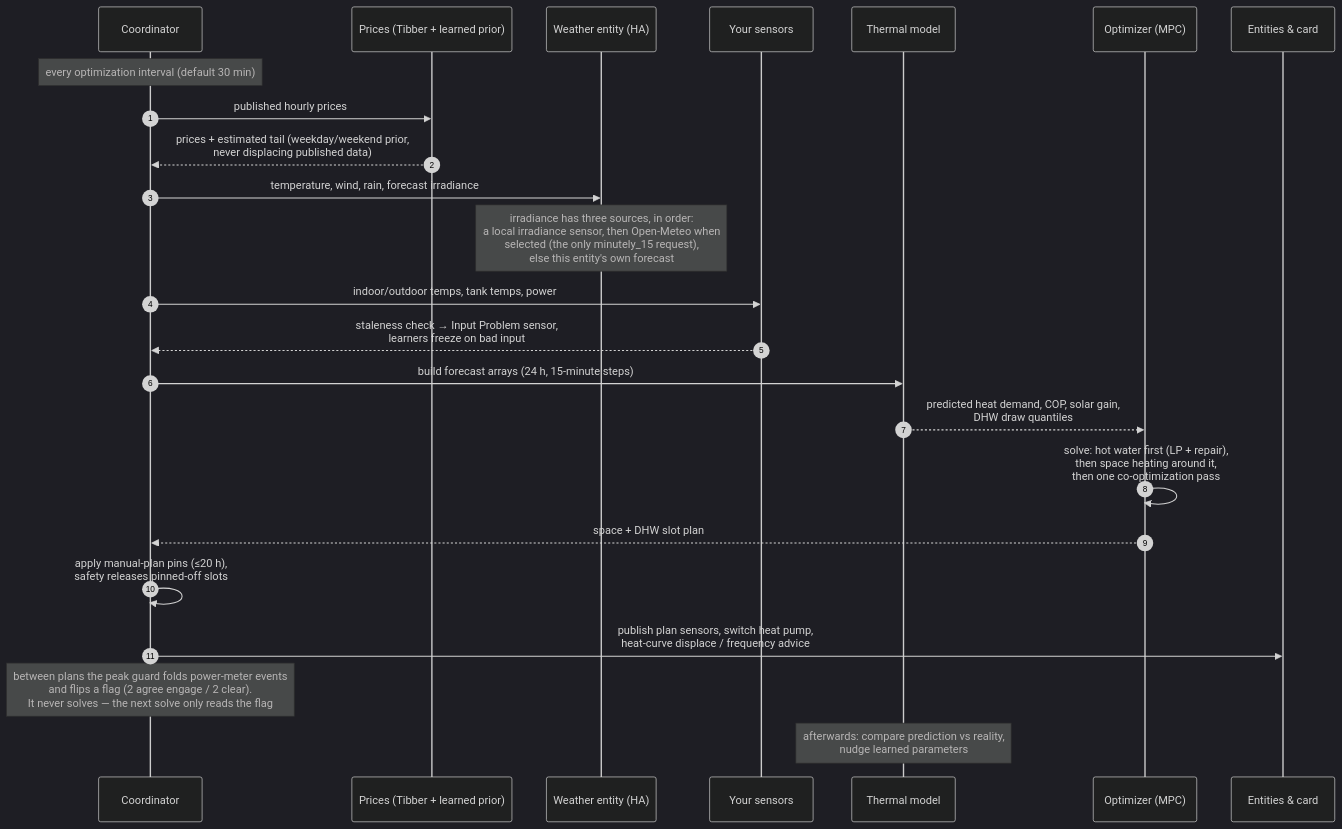
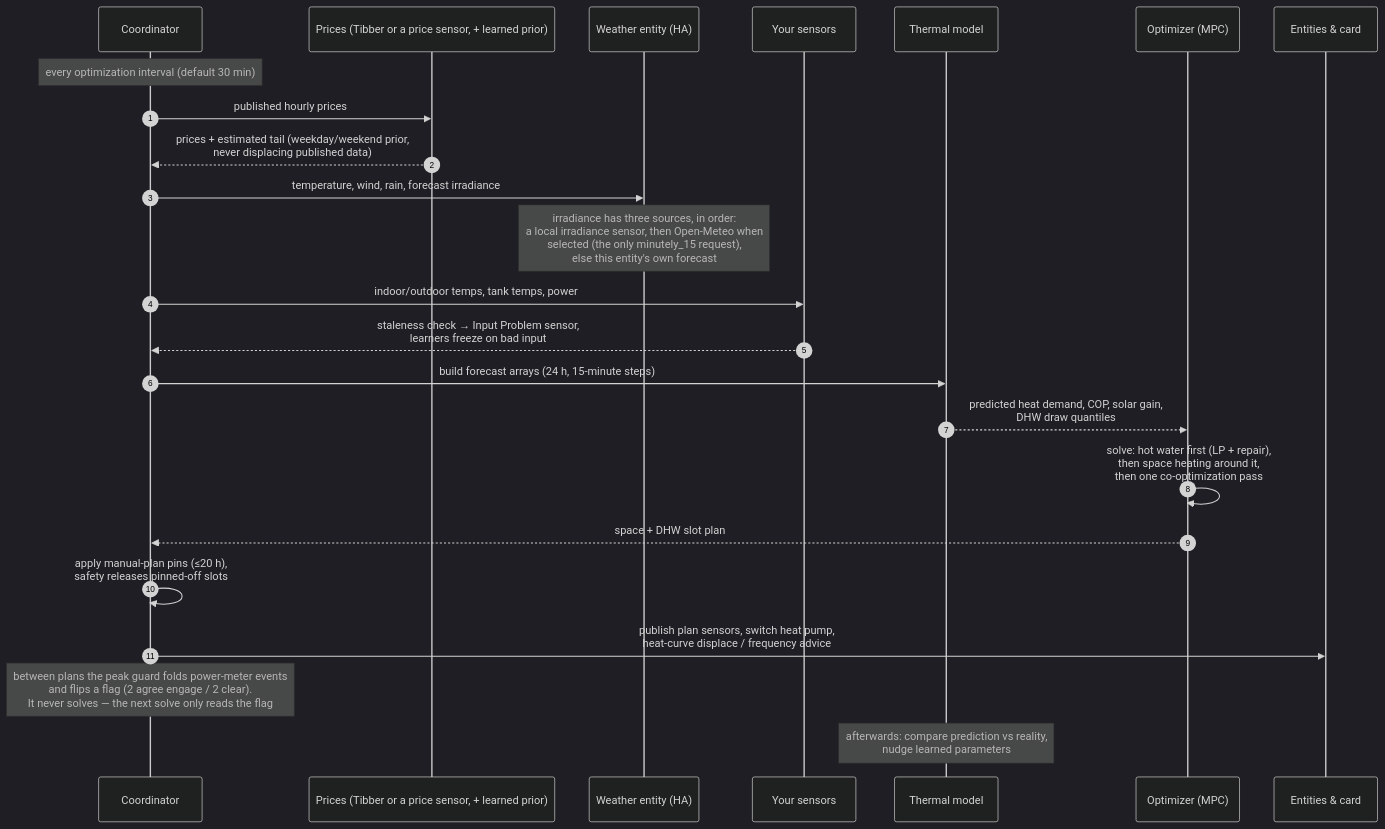
Before and after one commit to tvofi/heatpump_optimizer: the first of 2 diagrams in docs/how-it-works.md, drawn with Mermaid (dark theme). The commit also changed other lines of this file and 9 other files, not shown here.

First line of the commit message:
Price-source text names Tibber as one of two sources

````diff
--- a/docs/how-it-works.md
+++ b/docs/how-it-works.md
@@ -54,27 +54,27 @@
 ```mermaid
 sequenceDiagram
     autonumber
     participant C as Coordinator
-    participant P as Prices (Tibber + learned prior)
+    participant P as Prices (Tibber or a price sensor, + learned prior)
     participant W as Weather entity (HA)
     participant S as Your sensors
     participant M as Thermal model
     participant O as Optimizer (MPC)
     participant E as Entities & card
 
     Note over C: every optimization interval (default 30 min)
     C->>P: published hourly prices
     P-->>C: prices + estimated tail (weekday/weekend prior,<br/>never displacing published data)
     C->>W: temperature, wind, rain, forecast irradiance
     Note over W: irradiance has three sources, in order:<br/>a local irradiance sensor, then Open-Meteo when<br/>selected (the only minutely_15 request),<br/>else this entity's own forecast
     C->>S: indoor/outdoor temps, tank temps, power
     S-->>C: staleness check → Input Problem sensor,<br/>learners freeze on bad input
     C->>M: build forecast arrays (24 h, 15-minute steps)
     M-->>O: predicted heat demand, COP, solar gain,<br/>DHW draw quantiles
     O->>O: solve: hot water first (LP + repair),<br/>then space heating around it,<br/>then one co-optimization pass
     O-->>C: space + DHW slot plan
     C->>C: apply manual-plan pins (≤20 h),<br/>safety releases pinned-off slots
     C->>E: publish plan sensors, switch heat pump,<br/>heat-curve displace / frequency advice
     Note over C: between plans the peak guard folds power-meter events<br/>and flips a flag (2 agree engage / 2 clear).<br/>It never solves — the next solve only reads the flag
     Note over M: afterwards: compare prediction vs reality,<br/>nudge learned parameters
 ```
````
